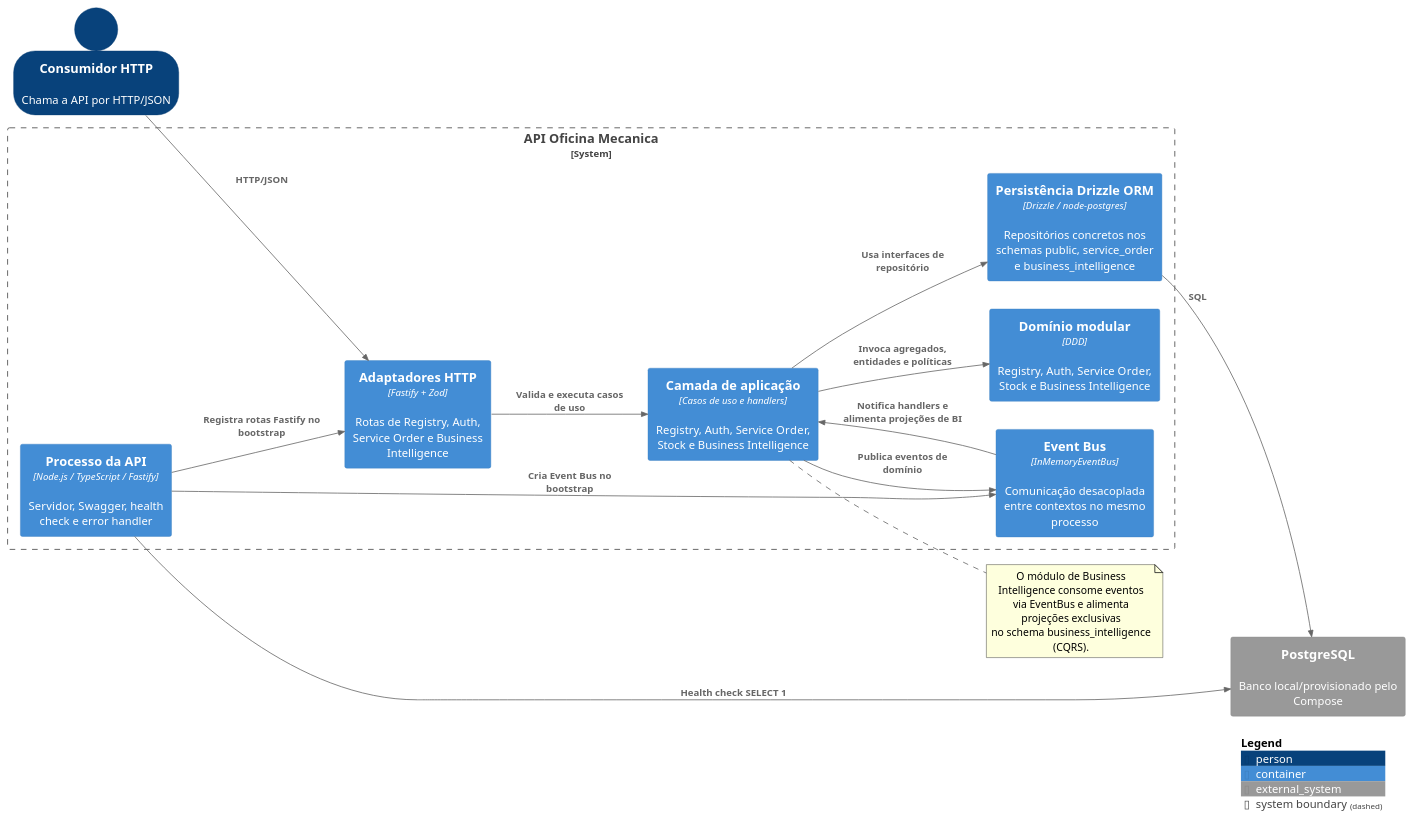
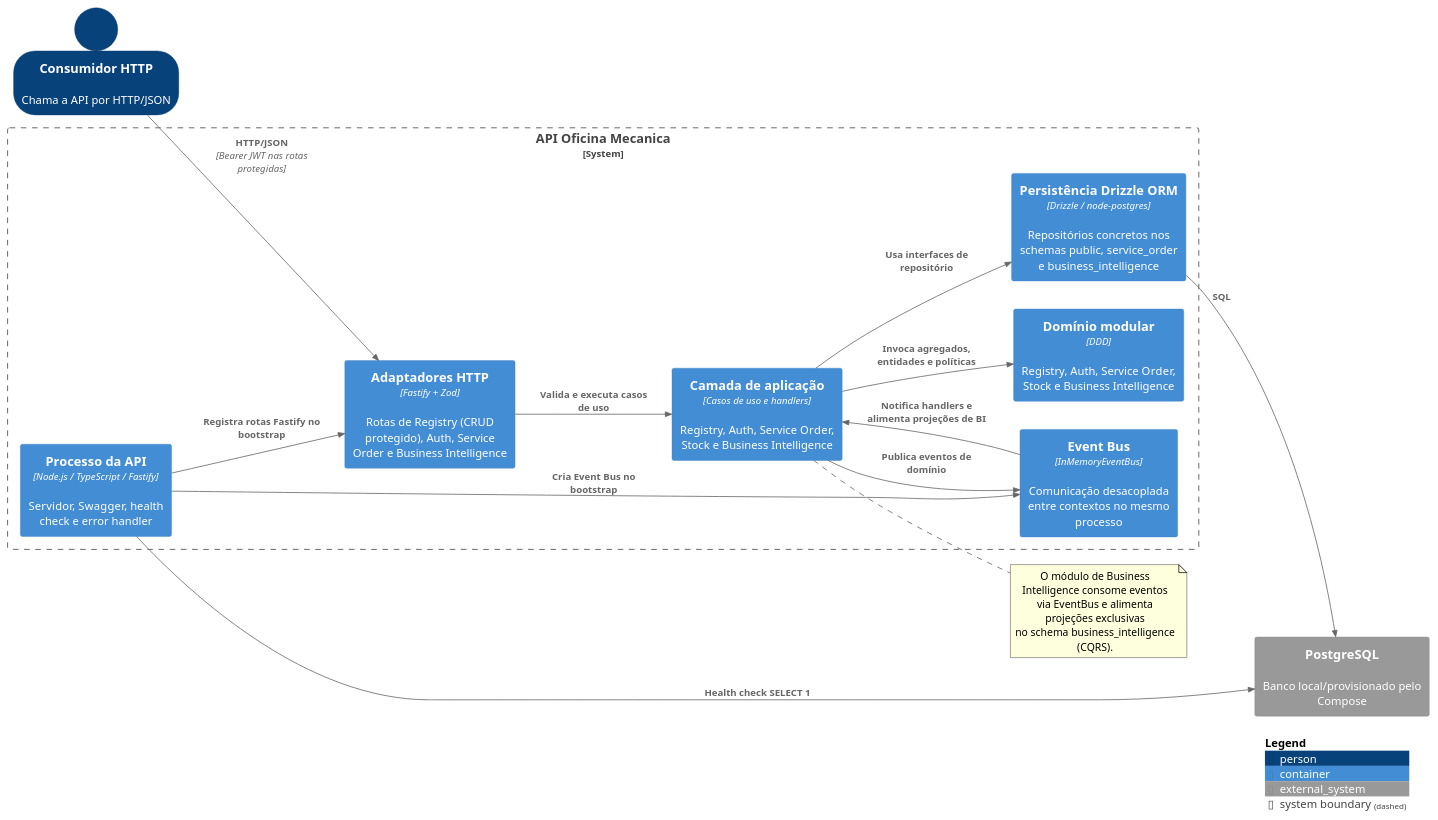
Before and after one commit to 15soat-fiap-45/api.mecanica: the diagram in docs/plantuml/c4-containers.puml, drawn with PlantUML. The commit also changed 13 other files, not shown here.

First line of the commit message:
docs(architecture): align diagrams and setup docs with current API

```diff
--- a/docs/plantuml/c4-containers.puml
+++ b/docs/plantuml/c4-containers.puml
@@ -1,35 +1,35 @@
 @startuml C4 Containers - API Oficina Mecanica
 !include https://raw.githubusercontent.com/plantuml-stdlib/C4-PlantUML/master/C4_Container.puml
 LAYOUT_LEFT_RIGHT()
 SHOW_PERSON_OUTLINE()
 
 Person(client, "Consumidor HTTP", "Chama a API por HTTP/JSON")
 
 System_Boundary(system, "API Oficina Mecanica") {
     Container(api, "Processo da API", "Node.js / TypeScript / Fastify", "Servidor, Swagger, health check e error handler")
-    Container(http_adapters, "Adaptadores HTTP", "Fastify + Zod", "Rotas de Registry, Auth, Service Order e Business Intelligence")
+    Container(http_adapters, "Adaptadores HTTP", "Fastify + Zod", "Rotas de Registry (CRUD protegido), Auth, Service Order e Business Intelligence")
     Container(application, "Camada de aplicação", "Casos de uso e handlers", "Registry, Auth, Service Order, Stock e Business Intelligence")
     Container(domain, "Domínio modular", "DDD", "Registry, Auth, Service Order, Stock e Business Intelligence")
     Container(event_bus, "Event Bus", "InMemoryEventBus", "Comunicação desacoplada entre contextos no mesmo processo")
     Container(drizzle, "Persistência Drizzle ORM", "Drizzle / node-postgres", "Repositórios concretos nos schemas public, service_order e business_intelligence")
 }
 System_Ext(postgres, "PostgreSQL", "Banco local/provisionado pelo Compose")
 
-Rel(client, http_adapters, "HTTP/JSON")
+Rel(client, http_adapters, "HTTP/JSON", "Bearer JWT nas rotas protegidas")
 Rel(http_adapters, application, "Valida e executa casos de uso")
 Rel(application, domain, "Invoca agregados, entidades e políticas")
 Rel(application, drizzle, "Usa interfaces de repositório")
 Rel(drizzle, postgres, "SQL")
 Rel(application, event_bus, "Publica eventos de domínio")
 Rel(event_bus, application, "Notifica handlers e alimenta projeções de BI")
 Rel(api, http_adapters, "Registra rotas Fastify no bootstrap")
 Rel(api, event_bus, "Cria Event Bus no bootstrap")
 Rel(api, postgres, "Health check SELECT 1")
 
 note right of application
     O módulo de Business Intelligence consome eventos
     via EventBus e alimenta projeções exclusivas
     no schema business_intelligence (CQRS).
 end note
 SHOW_LEGEND()
 @enduml
```
